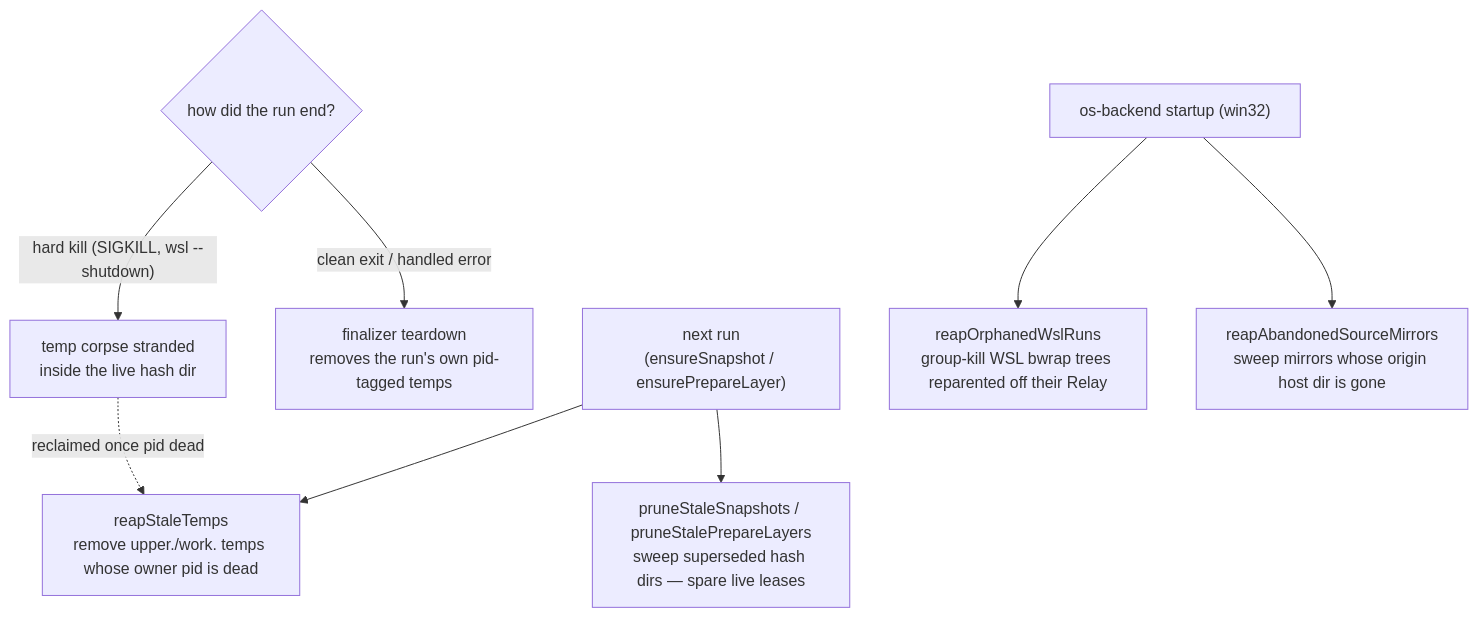
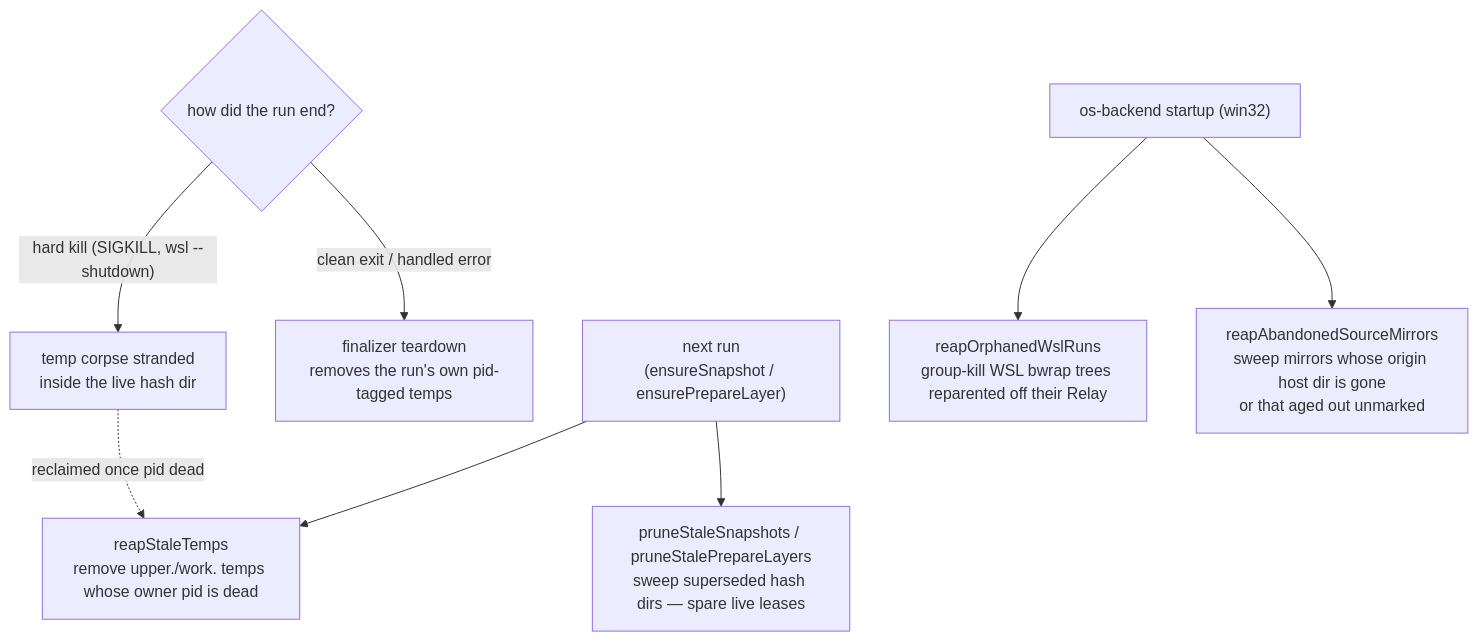
Before and after one commit to Esposter/Esposter: the diagram in packages/app/content/docs/virrun/cache.md, drawn with Mermaid. The commit also changed other lines of this file and 7 other files, not shown here.

````diff
--- a/packages/app/content/docs/virrun/cache.md
+++ b/packages/app/content/docs/virrun/cache.md
@@ -44,13 +44,14 @@
 ```mermaid
 flowchart TB
     exit{"how did the run end?"}
     exit -->|"clean exit / handled error"| fin["finalizer teardown\nremoves the run's own pid-tagged temps"]
     exit -->|"hard kill (SIGKILL, wsl --shutdown)"| corpse["temp corpse stranded\ninside the live hash dir"]
 
     next["next run\n(ensureSnapshot / ensurePrepareLayer)"] --> prune["pruneStaleSnapshots / pruneStalePrepareLayers\nsweep superseded hash dirs — spare live leases"]
     next --> reap["reapStaleTemps\nremove upper./work. temps whose owner pid is dead"]
     corpse -.->|"reclaimed once pid dead"| reap
 
-    startup["os-backend startup (win32)"] --> mirrors["reapAbandonedSourceMirrors\nsweep mirrors whose origin host dir is gone"]
+    startup["os-backend startup (win32)"] --> mirrors["reapAbandonedSourceMirrors\nsweep mirrors whose origin host dir is gone
+or that aged out unmarked"]
     startup --> orphans["reapOrphanedWslRuns\ngroup-kill WSL bwrap trees reparented off their Relay"]
 ```
````
